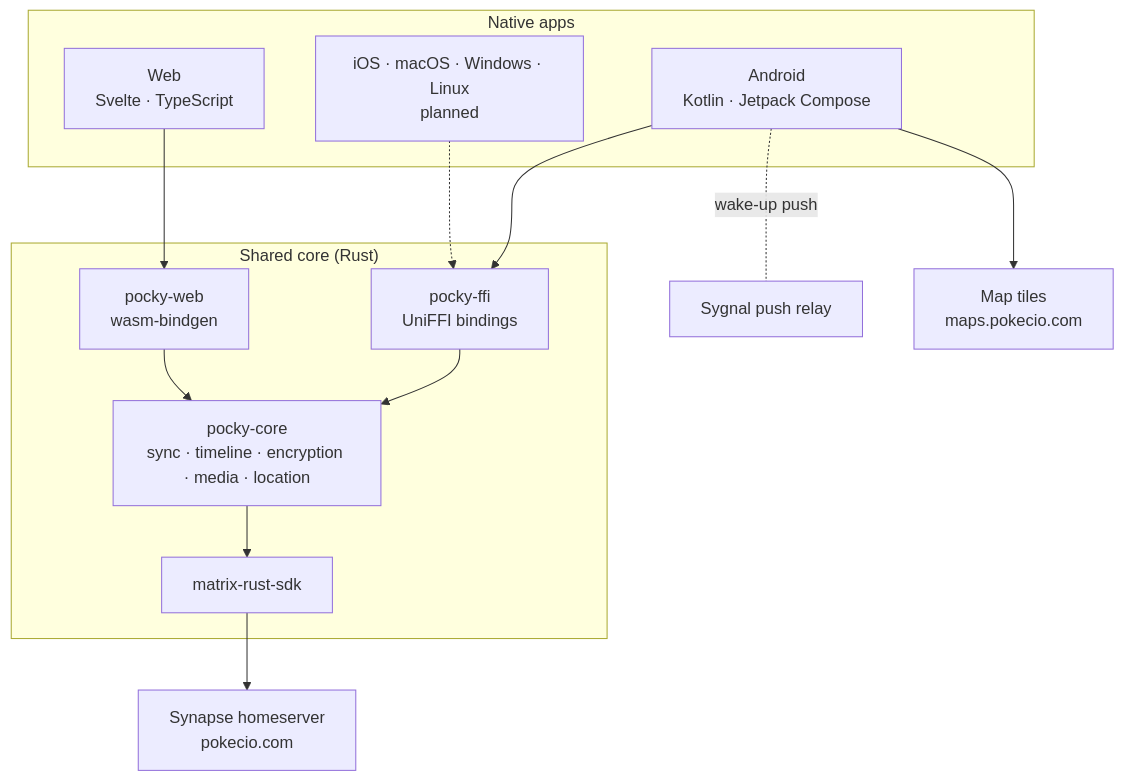
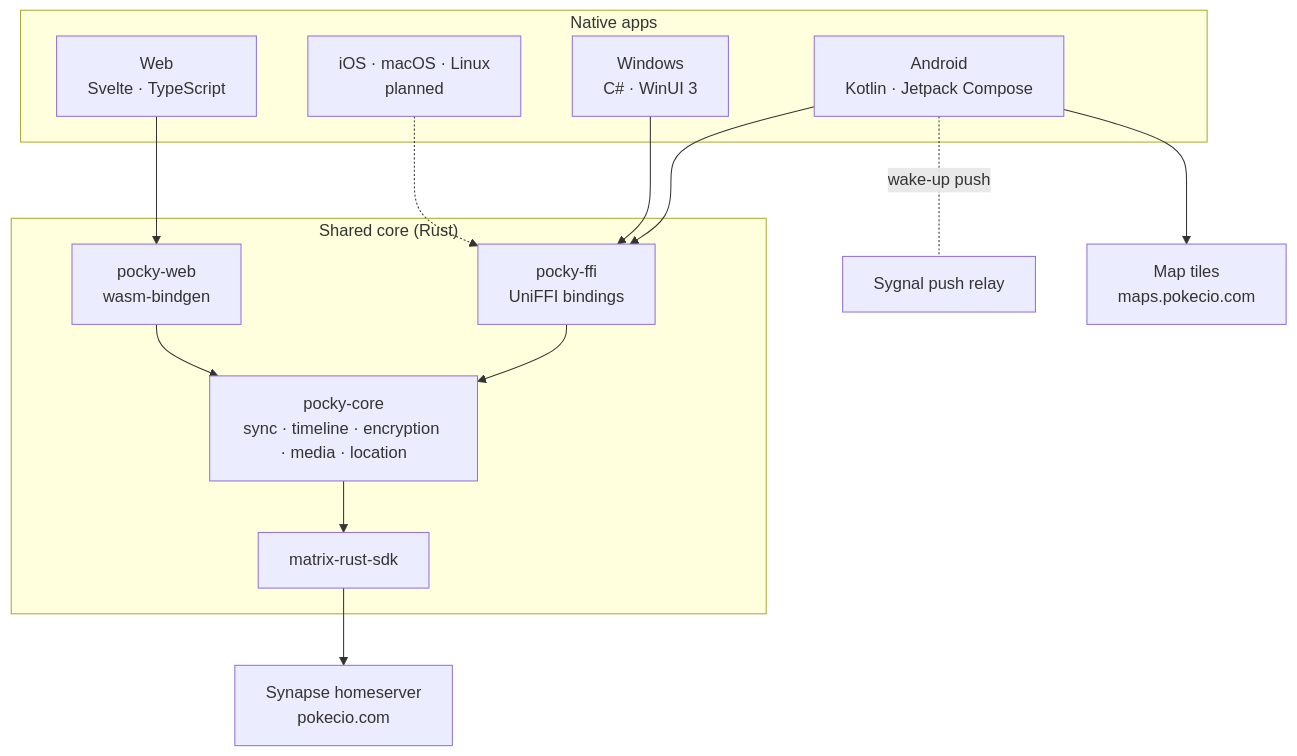
Before and after one commit to eHappyCZ/PockyAPP: the diagram in README.md, drawn with Mermaid. The commit also changed other lines of this file and 2 other files, not shown here.

````diff
--- a/README.md
+++ b/README.md
@@ -68,25 +74,27 @@
 ```mermaid
 flowchart TB
     subgraph Apps["Native apps"]
         A["Android<br/>Kotlin · Jetpack Compose"]
         W["Web<br/>Svelte · TypeScript"]
-        P["iOS · macOS · Windows · Linux<br/>planned"]
+        D["Windows<br/>C# · WinUI 3"]
+        P["iOS · macOS · Linux<br/>planned"]
     end
 
     subgraph Core["Shared core (Rust)"]
         FFI["pocky-ffi<br/>UniFFI bindings"]
         WEB["pocky-web<br/>wasm-bindgen"]
         C["pocky-core<br/>sync · timeline · encryption · media · location"]
         SDK["matrix-rust-sdk"]
     end
 
     A --> FFI
+    D --> FFI
     P -.-> FFI
     W --> WEB
     FFI --> C
     WEB --> C
     C --> SDK
     SDK --> HS["Synapse homeserver<br/>pokecio.com"]
     A -. wake-up push .- PUSH["Sygnal push relay"]
     A --> MAP["Map tiles<br/>maps.pokecio.com"]
 ```
````
